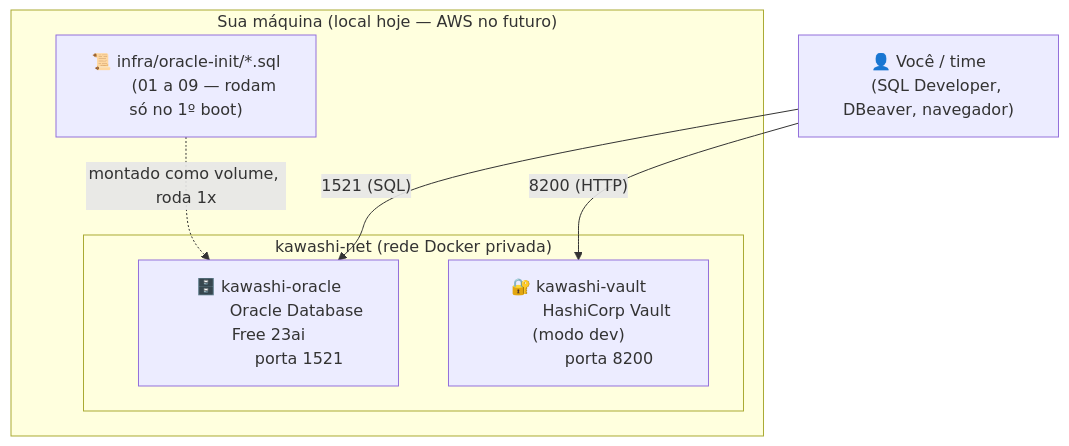
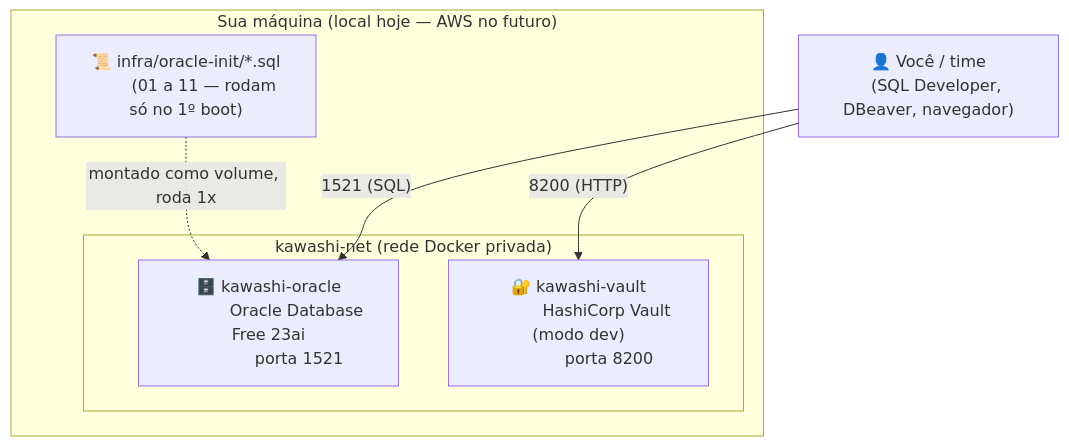
Before and after one commit to caioteixeir4/regras-banco-usp: the first of 5 diagrams in infra/docs/arquitetura.md, drawn with Mermaid. The commit also changed other lines of this file and 12 other files, not shown here.

````diff
--- a/infra/docs/arquitetura.md
+++ b/infra/docs/arquitetura.md
@@ -12,22 +12,22 @@
 ```mermaid
 flowchart TB
     subgraph Maquina["Sua máquina (local hoje — AWS no futuro)"]
         InitScripts["📜 infra/oracle-init/*.sql
-        (01 a 09 — rodam só no 1º boot)"]
+        (01 a 11 — rodam só no 1º boot)"]
 
         subgraph Rede["kawashi-net (rede Docker privada)"]
             Oracle["🗄️ kawashi-oracle
             Oracle Database Free 23ai
             porta 1521"]
             Vault["🔐 kawashi-vault
             HashiCorp Vault (modo dev)
             porta 8200"]
         end
 
         InitScripts -. montado como volume, roda 1x .-> Oracle
     end
 
     Voce["👤 Você / time
     (SQL Developer, DBeaver, navegador)"] -- "1521 (SQL)" --> Oracle
     Voce -- "8200 (HTTP)" --> Vault
 ```
````
